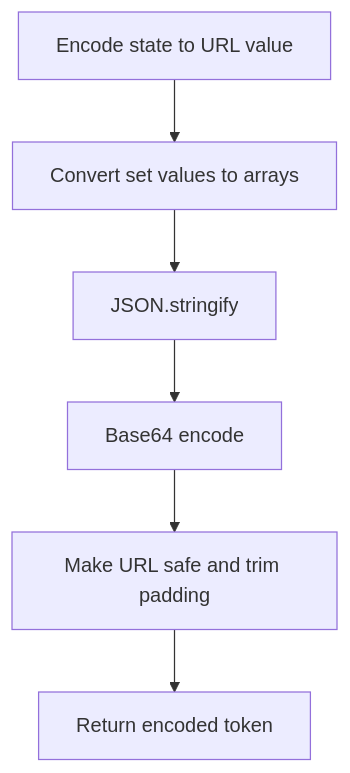
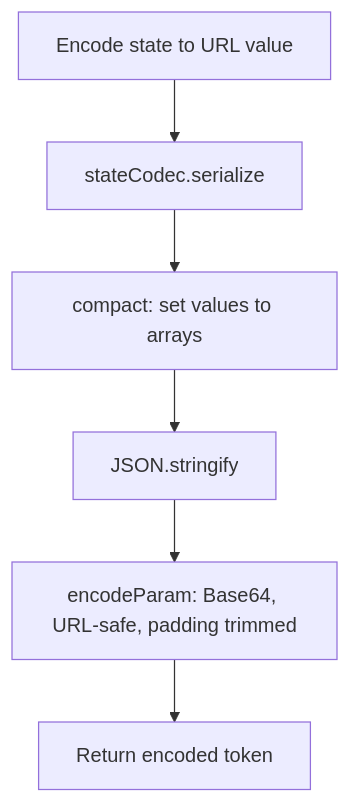
Before and after one commit to luciocabrera/lcabrera-stack: the third of 11 diagrams in packages/ui/src/utils/urlState/ARCHITECTURE.md, drawn with Mermaid. The commit also changed other lines of this file and 22 other files, not shown here.

First line of the commit message:
feat(ui): a closed-vocabulary URL state codec (#630)

````diff
--- a/packages/ui/src/utils/urlState/ARCHITECTURE.md
+++ b/packages/ui/src/utils/urlState/ARCHITECTURE.md
@@ -63,8 +200,8 @@
 ```mermaid
 flowchart TD
-  A[Encode state to URL value] --> B[Convert set values to arrays]
-  B --> C[JSON.stringify]
-  C --> D[Base64 encode]
-  D --> E[Make URL safe and trim padding]
+  A[Encode state to URL value] --> B[stateCodec.serialize]
+  B --> C[compact: set values to arrays]
+  C --> D[JSON.stringify]
+  D --> E[encodeParam: Base64, URL-safe, padding trimmed]
   E --> F[Return encoded token]
 ```
````
